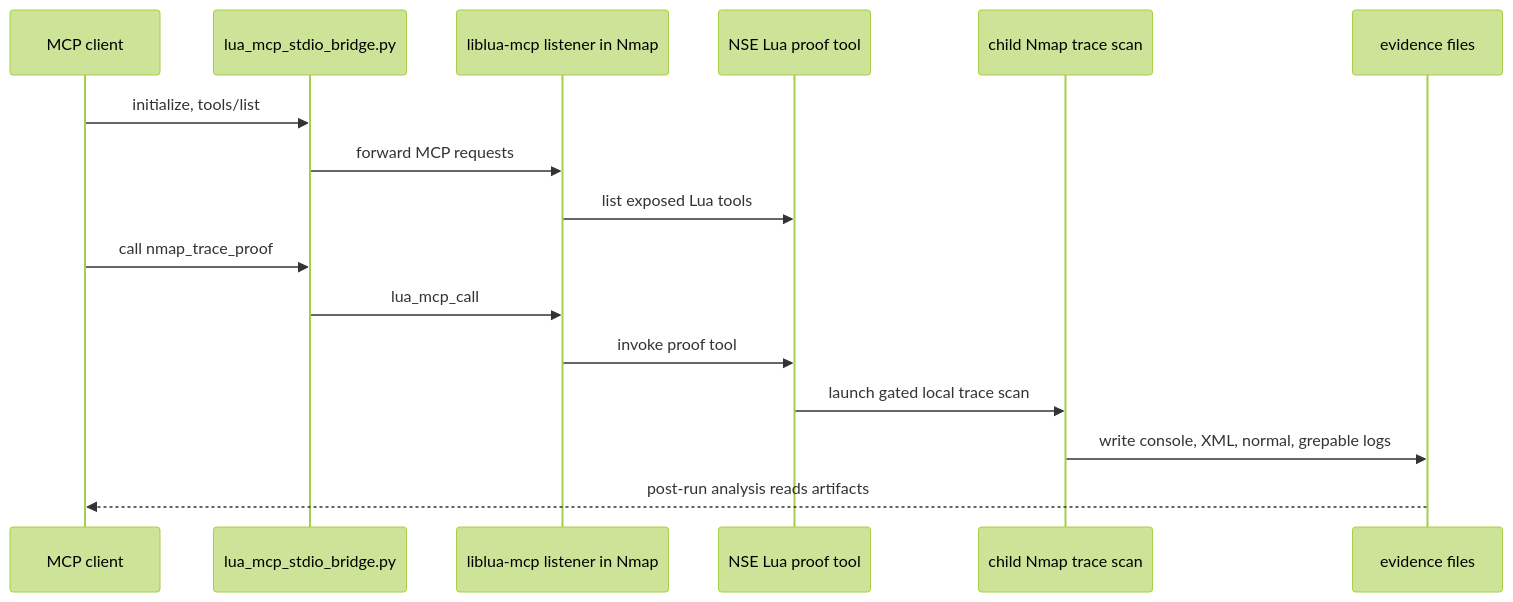
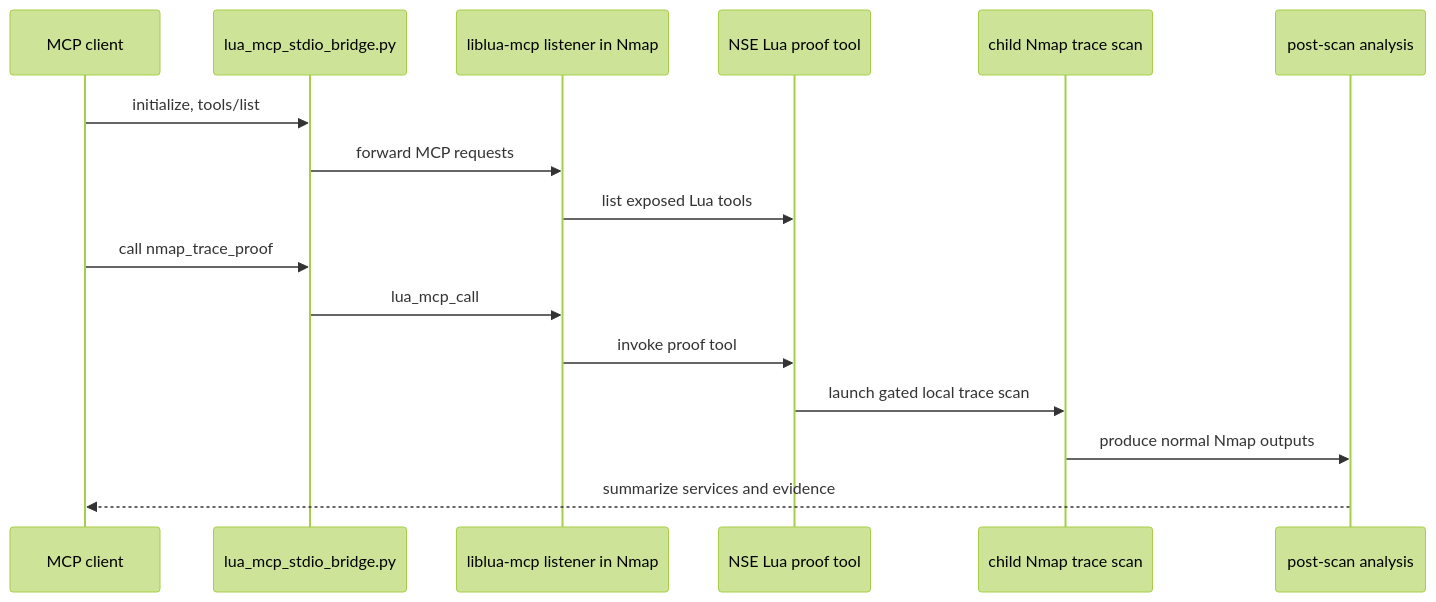
The second of 2 diagrams in WHITEPAPER.md (buanzo/lua-mcp), drawn with Mermaid (forest theme) before and after one commit. The commit also changed other lines of this file, not shown here.

Commit message:
Redact proof-run internals from white paper

````diff
--- a/WHITEPAPER.md
+++ b/WHITEPAPER.md
@@ -126,19 +126,19 @@
 ```mermaid
 sequenceDiagram
     participant Agent as MCP client
     participant Bridge as lua_mcp_stdio_bridge.py
     participant Listener as liblua-mcp listener in Nmap
     participant NSE as NSE Lua proof tool
     participant Scan as child Nmap trace scan
-    participant Files as evidence files
+    participant Analysis as post-scan analysis
 
     Agent->>Bridge: initialize, tools/list
     Bridge->>Listener: forward MCP requests
     Listener->>NSE: list exposed Lua tools
     Agent->>Bridge: call nmap_trace_proof
     Bridge->>Listener: lua_mcp_call
     Listener->>NSE: invoke proof tool
     NSE->>Scan: launch gated local trace scan
-    Scan->>Files: write console, XML, normal, grepable logs
-    Files-->>Agent: post-run analysis reads artifacts
+    Scan->>Analysis: produce normal Nmap outputs
+    Analysis-->>Agent: summarize services and evidence
 ```
````
